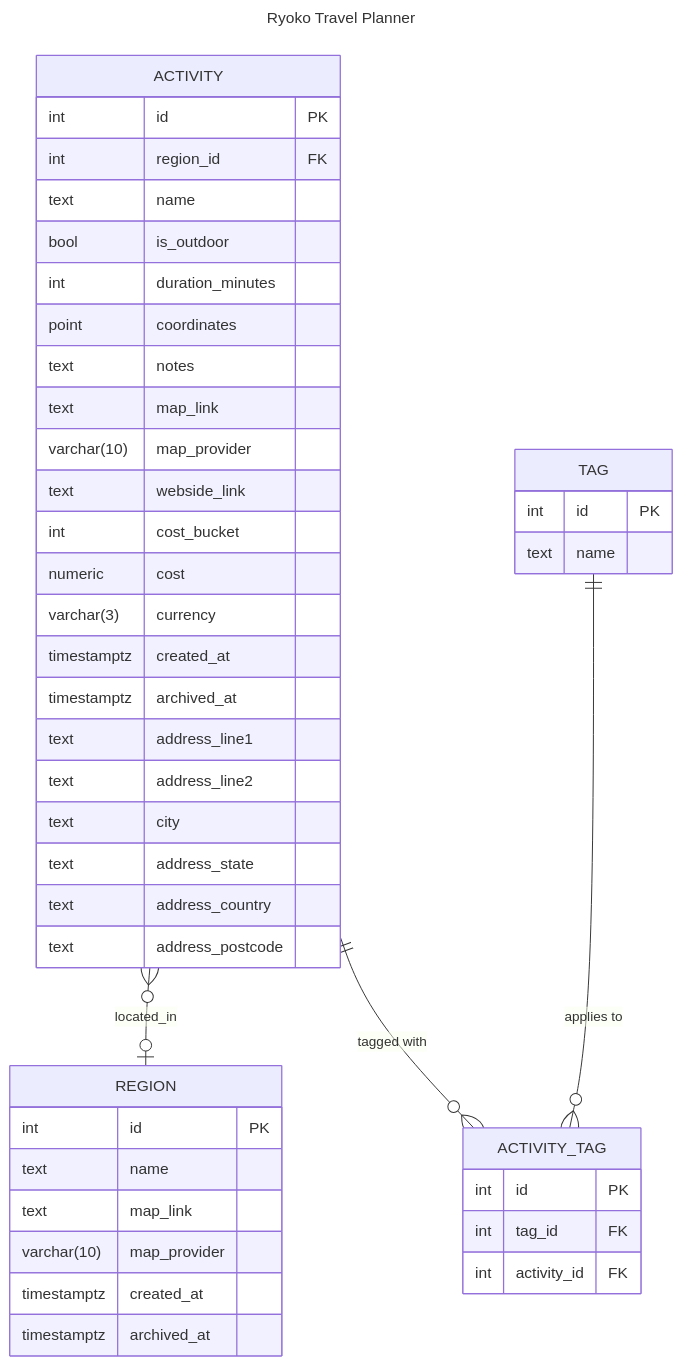
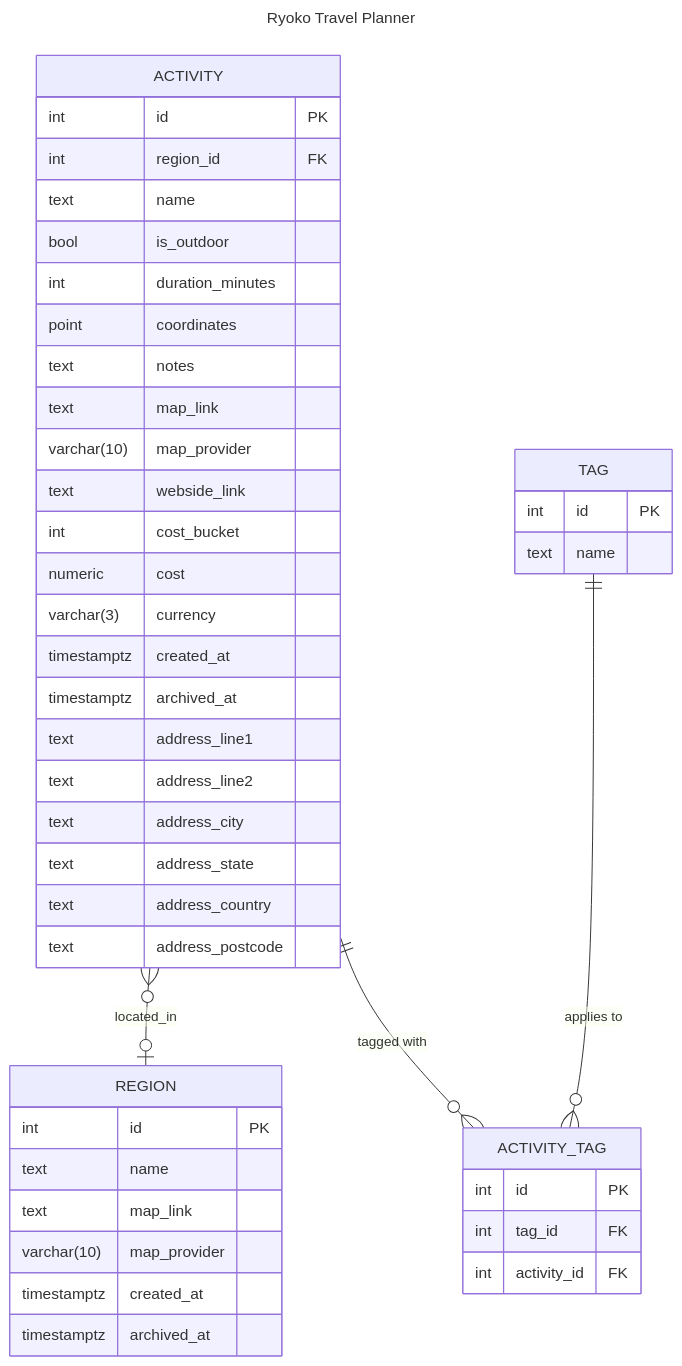
One commit to tatew/ryoko-travel-planner changed the diagram in docs/DatabaseDesign.md. Above: the diagram before and after it, drawn with Mermaid. The commit also changed 1 other file, not shown here.

Commit message:
Update migration and erd

````diff
--- a/docs/DatabaseDesign.md
+++ b/docs/DatabaseDesign.md
@@ -3,50 +3,50 @@
 ```mermaid
 ---
 title: Ryoko Travel Planner
 ---
 erDiagram
     ACTIVITY {
         int id PK
         int region_id FK
         text name
         bool is_outdoor
         int duration_minutes
         point coordinates
         text notes
         text map_link
         varchar(10) map_provider
         text webside_link
         int cost_bucket
         numeric cost
         varchar(3) currency
         timestamptz created_at
         timestamptz archived_at
         text address_line1
         text address_line2
-        text city
+        text address_city
         text address_state
         text address_country
         text address_postcode
     }
     REGION {
         int id PK
         text name
         text map_link 
         varchar(10) map_provider
         timestamptz created_at
         timestamptz archived_at
     }
     TAG {
         int id PK
         text name 
     }
     ACTIVITY_TAG {
         int id PK
         int tag_id FK
         int activity_id FK
     }
     ACTIVITY zero or more to one or zero REGION : located_in
     ACTIVITY one to zero or more ACTIVITY_TAG : "tagged with"
     TAG one to zero or more ACTIVITY_TAG: "applies to"
     
 ```
````
